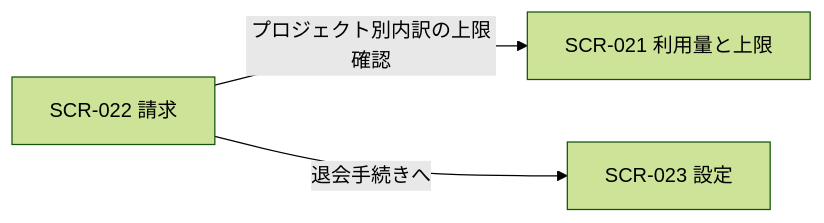
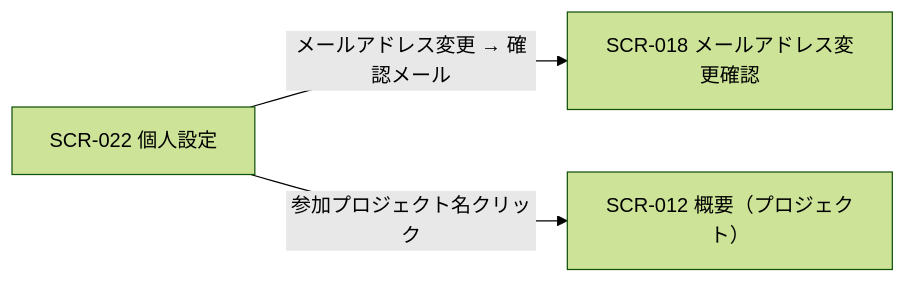
Before and after one commit to sikakou54/open-faq: the diagram in 02_basic_design/01_screens/SCR-022.md, drawn with Mermaid (forest theme). The commit also changed other lines of this file and 617 other files, not shown here.

````diff
--- a/02_basic_design/01_screens/SCR-022.md
+++ b/02_basic_design/01_screens/SCR-022.md
@@ -36,8 +37,8 @@
 ```mermaid
 flowchart LR
-  S22["SCR-022 請求"]
-  S21["SCR-021 利用量と上限"]
-  S23["SCR-023 設定"]
-  S22 -->|プロジェクト別内訳の上限確認| S21
-  S22 -->|退会手続きへ| S23
+  S1["SCR-022 個人設定"]
+  S2["SCR-018 メールアドレス変更確認"]
+  S3["SCR-012 概要（プロジェクト）"]
+  S1 -->|メールアドレス変更 → 確認メール| S2
+  S1 -->|参加プロジェクト名クリック| S3
 ```
````
